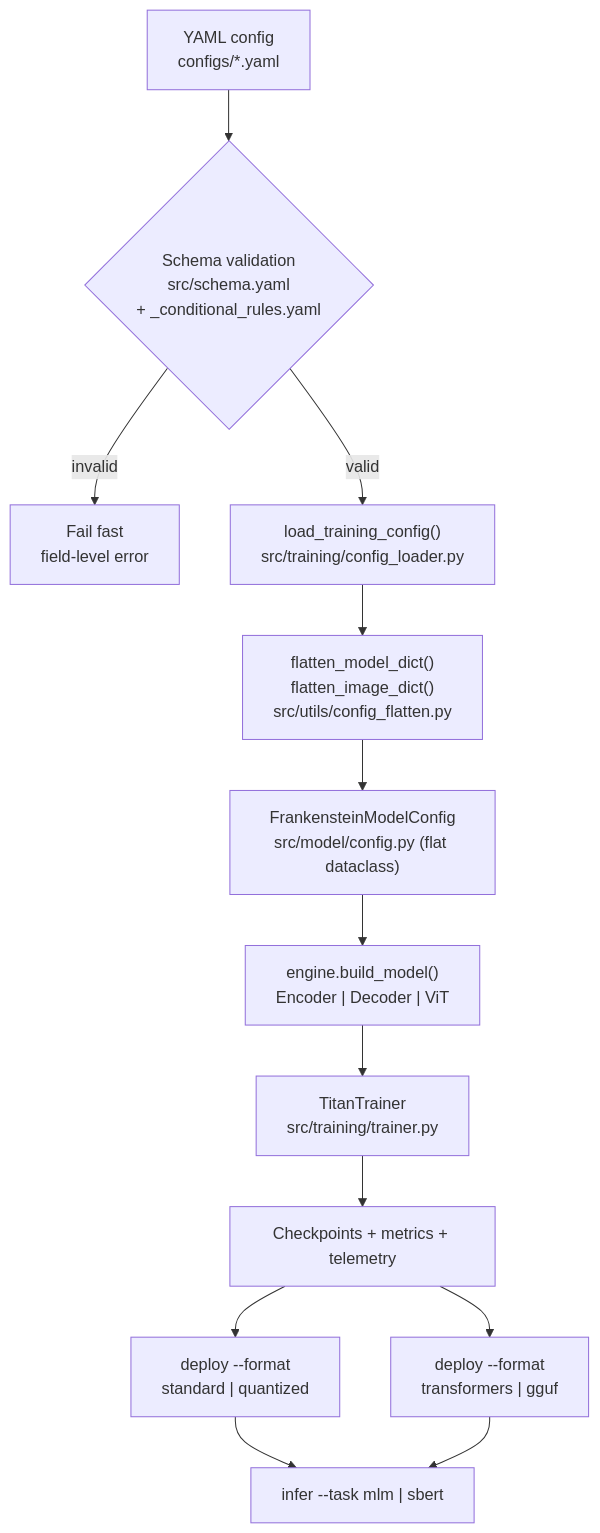
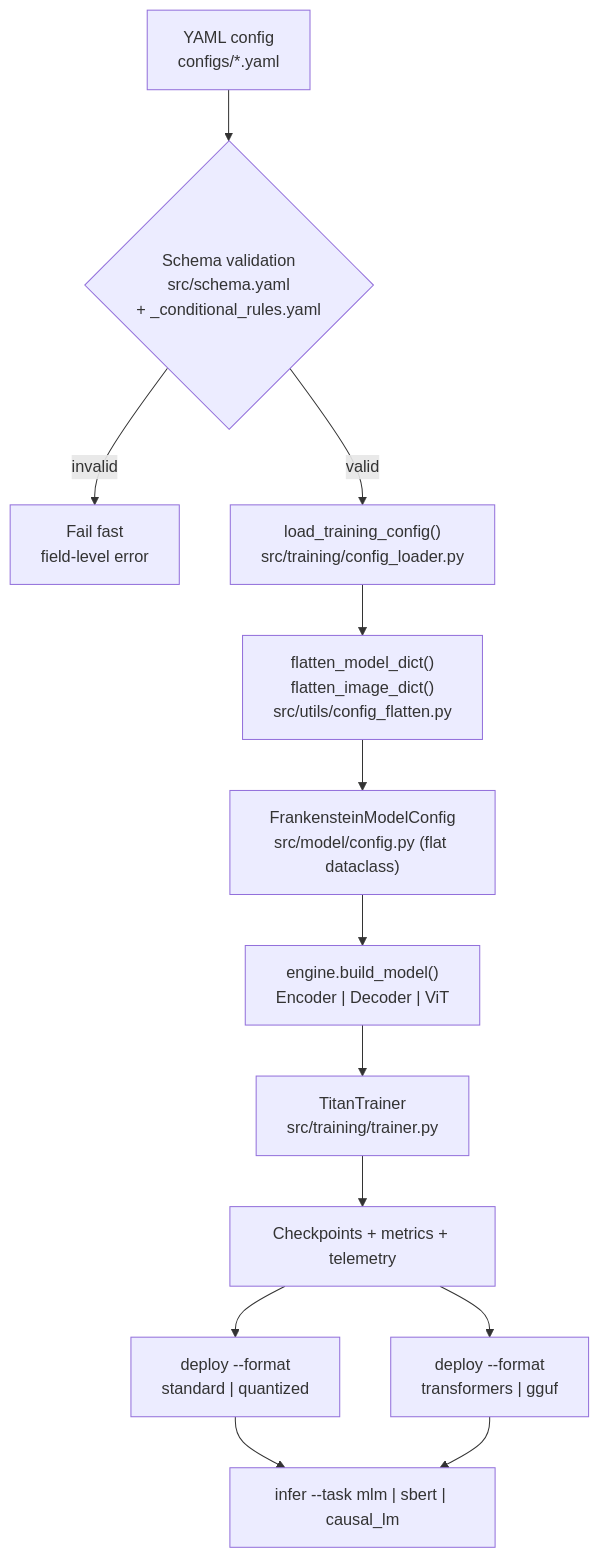
Before and after one commit to erickfmm/erickfmm.github.io: the first of 5 diagrams in frankenstein-transformer/paper/specs/architecture.md, drawn with Mermaid. The commit also changed other lines of this file and 1 other file, not shown here.

````diff
--- a/frankenstein-transformer/paper/specs/architecture.md
+++ b/frankenstein-transformer/paper/specs/architecture.md
@@ -41,15 +41,15 @@
 ```mermaid
 flowchart TD
     Y["YAML config<br/>configs/*.yaml"] --> V{"Schema validation<br/>src/schema.yaml<br/>+ _conditional_rules.yaml"}
     V -- invalid --> E["Fail fast<br/>field-level error"]
     V -- valid --> L["load_training_config()<br/>src/training/config_loader.py"]
     L --> F["flatten_model_dict()<br/>flatten_image_dict()<br/>src/utils/config_flatten.py"]
     F --> C["FrankensteinModelConfig<br/>src/model/config.py (flat dataclass)"]
     C --> B["engine.build_model()<br/>Encoder | Decoder | ViT"]
     B --> T["TitanTrainer<br/>src/training/trainer.py"]
     T --> K["Checkpoints + metrics + telemetry"]
     K --> D["deploy --format<br/>standard | quantized"]
     K --> X["deploy --format<br/>transformers | gguf"]
-    D --> I["infer --task mlm | sbert"]
+    D --> I["infer --task mlm | sbert | causal_lm"]
     X --> I
 ```
````
